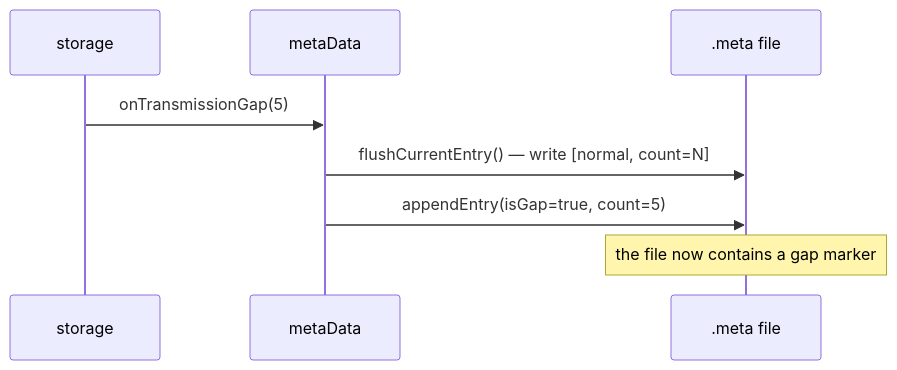
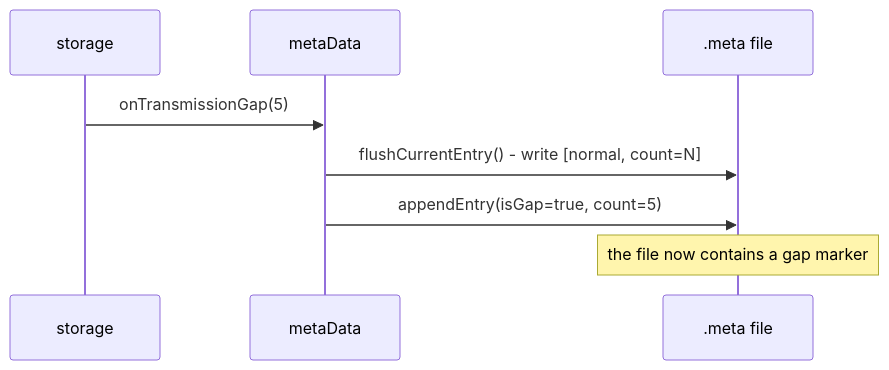
Before and after one commit to michalwidera/documentation-rdb: the second of 9 diagrams in data-processing-system-architecture/data-storage-format/files.md, drawn with Mermaid. The commit also changed other lines of this file and 70 other files, not shown here.

````diff
--- a/data-processing-system-architecture/data-storage-format/files.md
+++ b/data-processing-system-architecture/data-storage-format/files.md
@@ -365,11 +365,11 @@
 ```mermaid
 sequenceDiagram
     participant S as storage
     participant M as metaData
     participant F as .meta file
 
     S->>M: onTransmissionGap(5)
-    M->>F: flushCurrentEntry() — write [normal, count=N]
+    M->>F: flushCurrentEntry() - write [normal, count=N]
     M->>F: appendEntry(isGap=true, count=5)
     Note over F: the file now contains a gap marker
 ```
````
